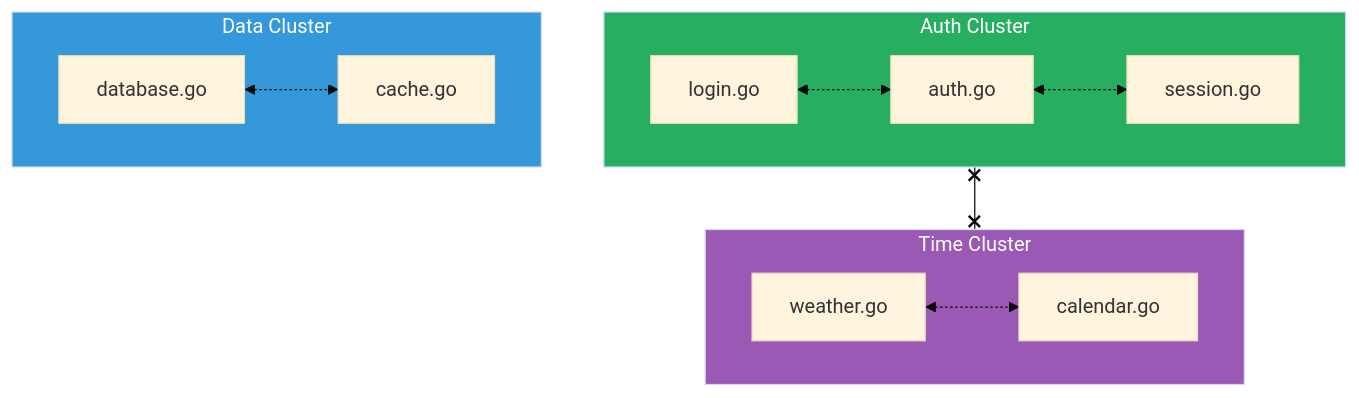
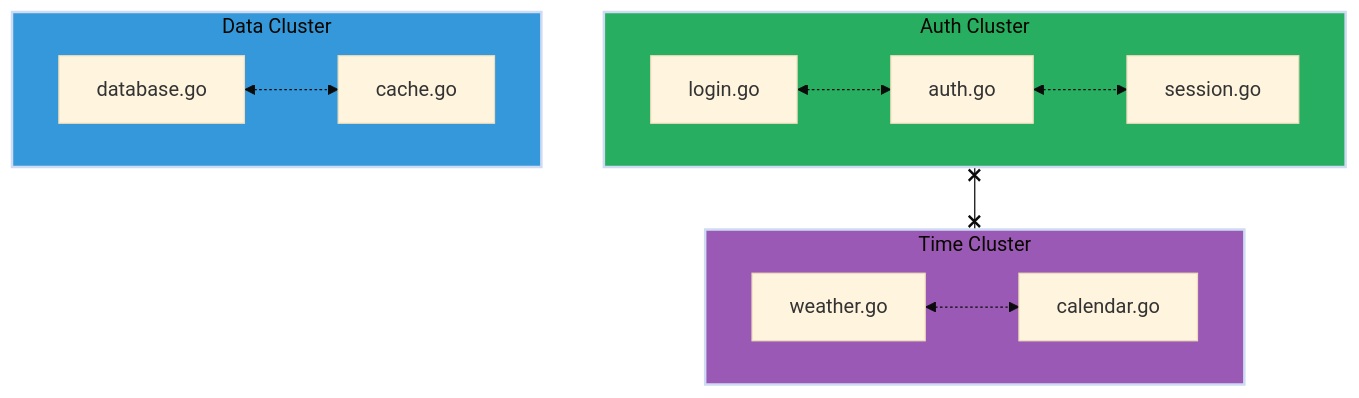
The first of 8 diagrams in docs/concepts/vector-search-concepts.md (sampi02/amanmcp), drawn with Mermaid (base theme) before and after one commit. The commit also changed other lines of this file and 59 other files, not shown here.

````diff
--- a/docs/concepts/vector-search-concepts.md
+++ b/docs/concepts/vector-search-concepts.md
@@ -48,31 +45,31 @@
 ```mermaid
 flowchart TB
     subgraph AuthCluster["Auth Cluster"]
         login["login.go"]
         auth["auth.go"]
         session["session.go"]
     end
 
     subgraph DataCluster["Data Cluster"]
         database["database.go"]
         cache["cache.go"]
     end
 
     subgraph TimeCluster["Time Cluster"]
         weather["weather.go"]
         calendar["calendar.go"]
     end
 
     login <-.-> auth
     auth <-.-> session
 
     database <-.-> cache
 
     weather <-.-> calendar
 
     AuthCluster x--x TimeCluster
 
-    style AuthCluster fill:#27ae60,color:#fff
-    style DataCluster fill:#3498db,color:#fff
-    style TimeCluster fill:#9b59b6,color:#fff
+    style AuthCluster fill:#27ae60,stroke-width:2px
+    style DataCluster fill:#3498db,stroke-width:2px
+    style TimeCluster fill:#9b59b6,stroke-width:2px
 ```
````
